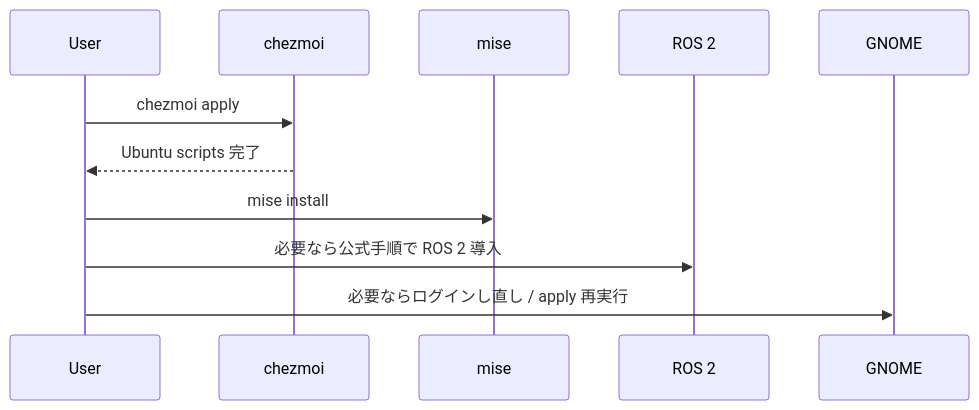
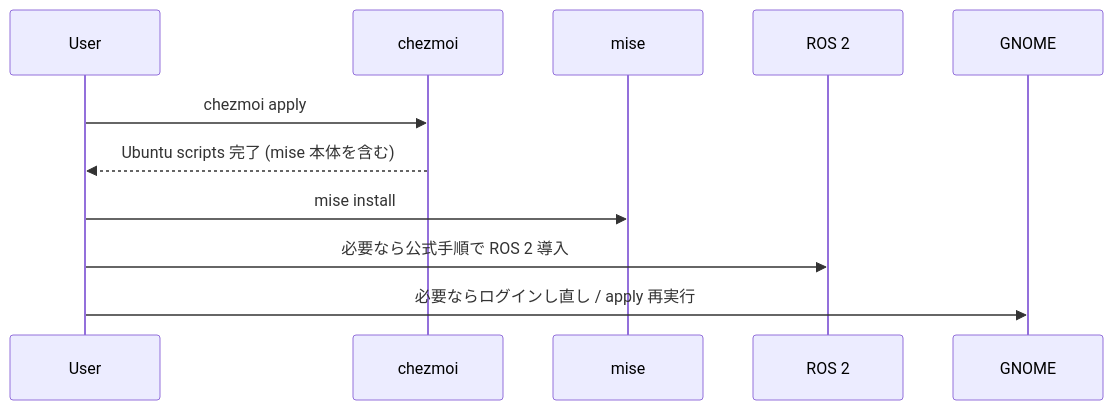
The second of 2 diagrams in docs/ubuntu.md (TomiXRM/dotfiles), drawn with Mermaid before and after one commit. The commit also changed other lines of this file and 6 other files, not shown here.

````diff
--- a/docs/ubuntu.md
+++ b/docs/ubuntu.md
@@ -155,14 +172,14 @@
 ```mermaid
 sequenceDiagram
     participant U as User
     participant C as chezmoi
     participant M as mise
     participant R as ROS 2
     participant G as GNOME
 
     U->>C: chezmoi apply
-    C-->>U: Ubuntu scripts 完了
+    C-->>U: Ubuntu scripts 完了 (mise 本体を含む)
     U->>M: mise install
     U->>R: 必要なら公式手順で ROS 2 導入
     U->>G: 必要ならログインし直し / apply 再実行
 ```
````
